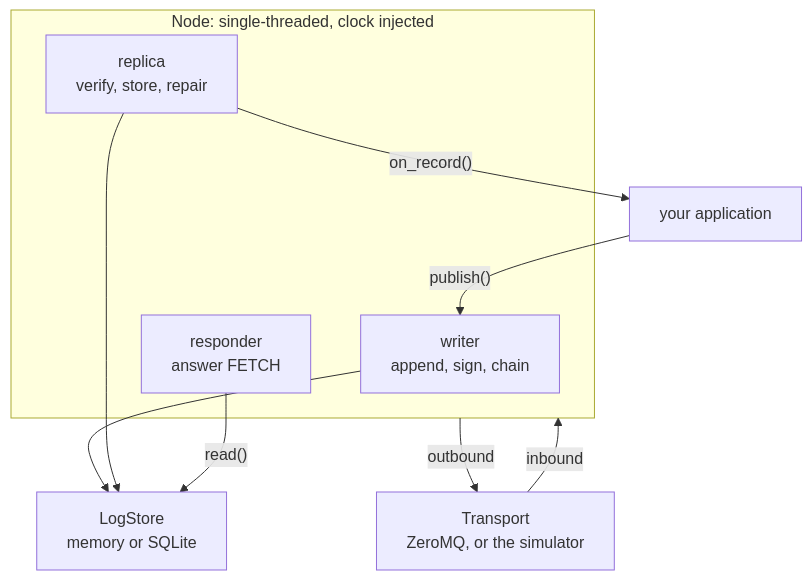
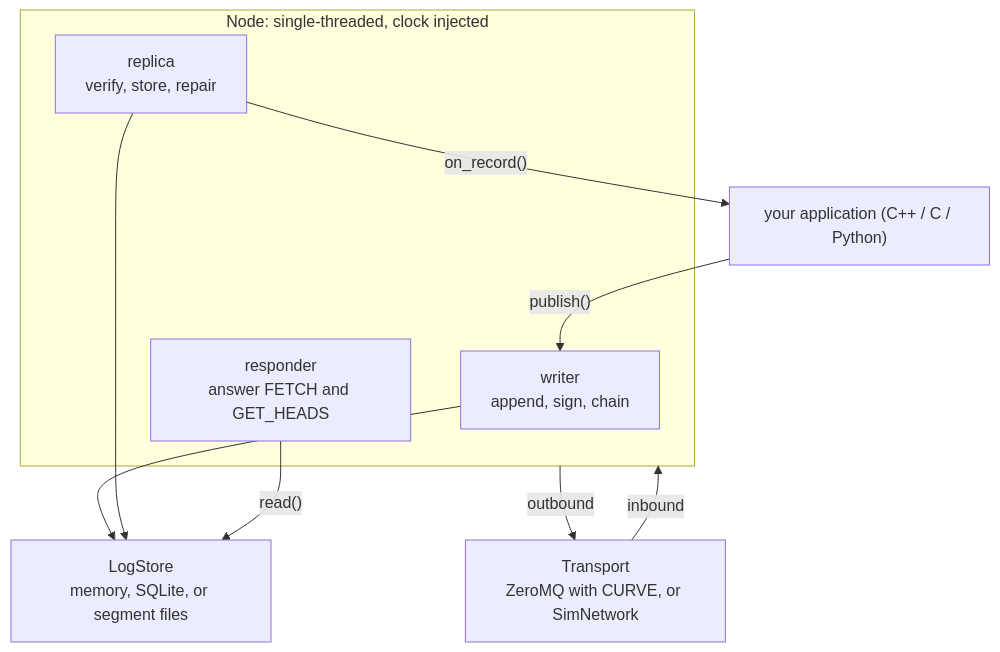
The second of 4 diagrams in README.md (BHare1985/mosaic), drawn with Mermaid before and after one commit. The commit also changed other lines of this file and 31 other files, not shown here.

````diff
--- a/README.md
+++ b/README.md
@@ -44,18 +77,18 @@
 ```mermaid
 flowchart TB
-    APP["your application"]
+    APP["your application (C++ / C / Python)"]
     subgraph NODE["Node: single-threaded, clock injected"]
         W["writer<br/>append, sign, chain"]
         R["replica<br/>verify, store, repair"]
-        Q["responder<br/>answer FETCH"]
+        Q["responder<br/>answer FETCH and GET_HEADS"]
     end
-    STORE["LogStore<br/>memory or SQLite"]
-    NET["Transport<br/>ZeroMQ, or the simulator"]
+    STORE["LogStore<br/>memory, SQLite, or segment files"]
+    NET["Transport<br/>ZeroMQ with CURVE, or SimNetwork"]
     APP -->|"publish()"| W
     R -->|"on_record()"| APP
     W --> STORE
     R --> STORE
     Q -->|"read()"| STORE
     NET -->|"inbound"| NODE
     NODE -->|"outbound"| NET
 ```
````
